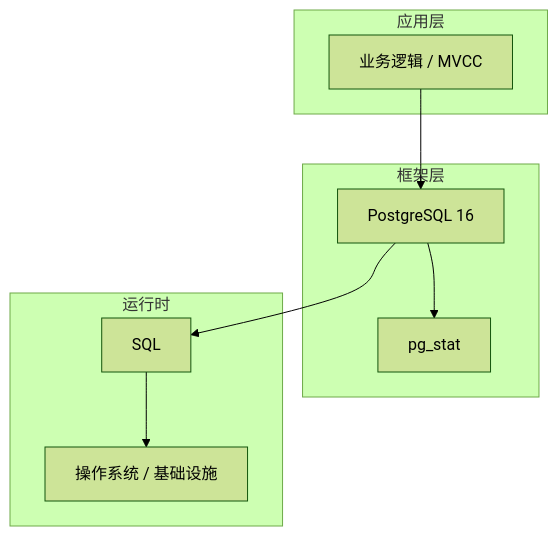
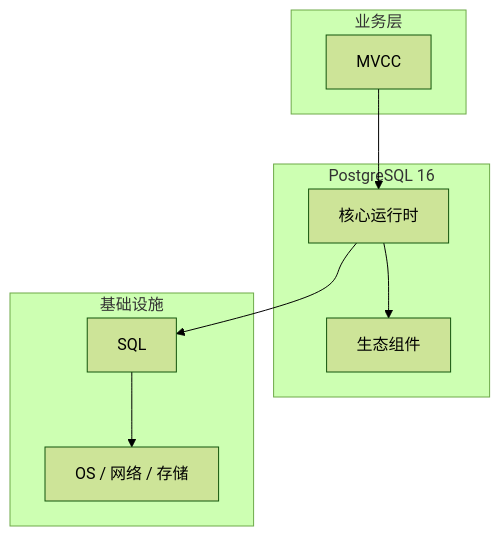
Before and after one commit to yanggan2015/knowledge-json-v2: the diagram in articles/PostgreSQL/chapters/037-MVCC核心概念与原理.md, drawn with Mermaid (forest theme). The commit also changed other lines of this file and 10127 other files, not shown here.

````diff
--- a/articles/PostgreSQL/chapters/037-MVCC核心概念与原理.md
+++ b/articles/PostgreSQL/chapters/037-MVCC核心概念与原理.md
@@ -45,18 +34,18 @@
 ```mermaid
 graph TB
-    subgraph 应用层
-        A[业务逻辑 / MVCC]
+    subgraph 业务层
+        A[MVCC]
     end
-    subgraph 框架层
-        B[PostgreSQL 16]
-        C[pg_stat]
+    subgraph PostgreSQL 16
+        B[核心运行时]
+        C[生态组件]
     end
-    subgraph 运行时
+    subgraph 基础设施
         D[SQL]
-        E[操作系统 / 基础设施]
+        E[OS / 网络 / 存储]
     end
     A --> B
     B --> C
     B --> D
     D --> E
 ```
````
